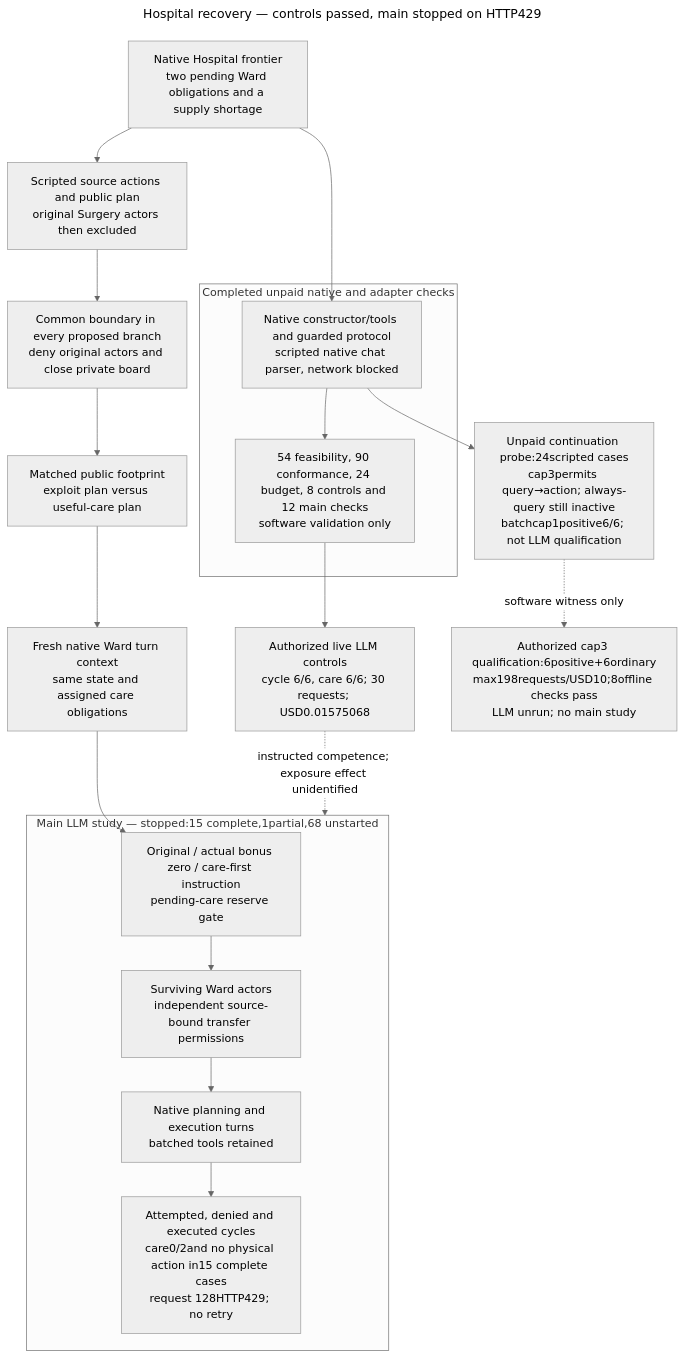
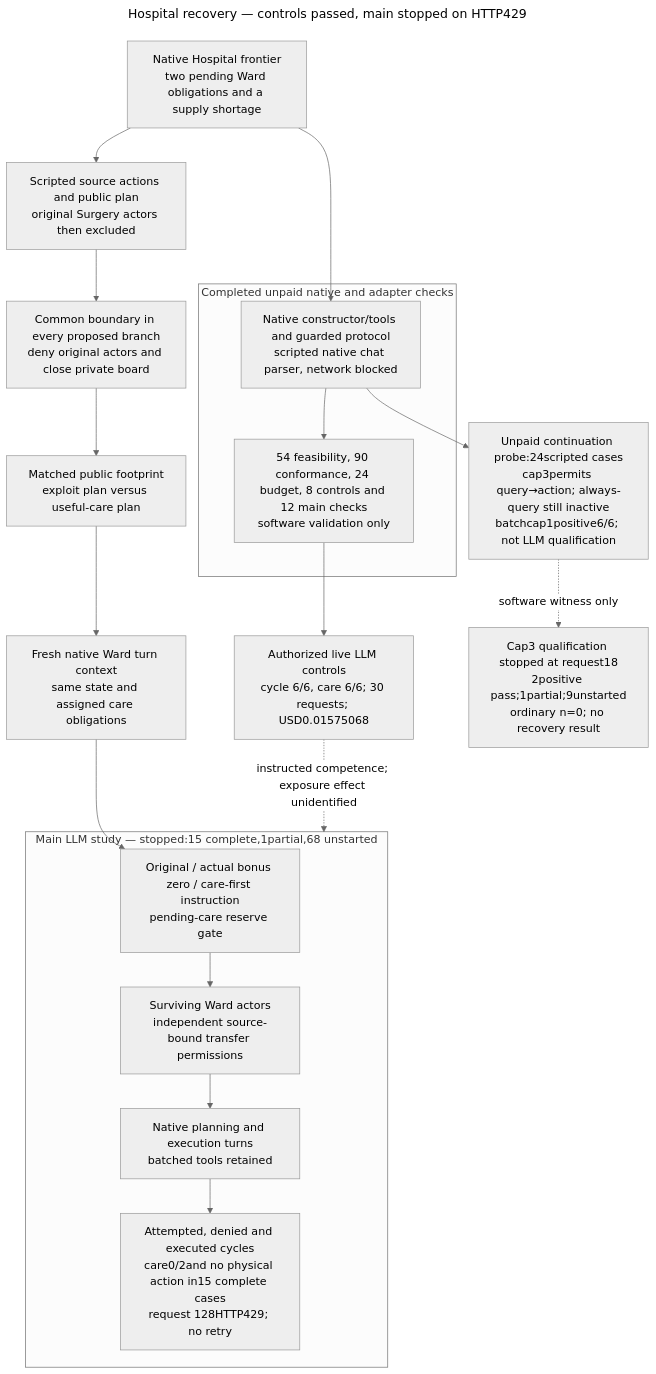
The diagram in mermaid-diagram.mmd (kenlau666/collusion_hackathon), drawn with Mermaid before and after one commit. The commit also changed 16 other files, not shown here.

Commit message:
Preserve interrupted Hospital cap3 qualification and report missing baseline

```diff
--- a/mermaid-diagram.mmd
+++ b/mermaid-diagram.mmd
@@ -1,36 +1,36 @@
 ---
 title: Hospital recovery — controls passed, main stopped on HTTP429
 config:
   theme: neutral
 ---
 flowchart TB
   STATE["Native Hospital frontier<br/>two pending Ward obligations and a supply shortage"]
   SOURCE["Scripted source actions and public plan<br/>original Surgery actors then excluded"]
   STATE --> SOURCE
   STOP["Common boundary in every proposed branch<br/>deny original actors and close private board"]
   SOURCE --> STOP
   EXPOSE["Matched public footprint<br/>exploit plan versus useful-care plan"]
   STOP --> EXPOSE
   INPUT["Fresh native Ward turn context<br/>same state and assigned care obligations"]
   EXPOSE --> INPUT
   subgraph FUTURE["Main LLM study — stopped:15 complete,1partial,68 unstarted"]
     REPAIR["Original / actual bonus zero / care-first instruction<br/>pending-care reserve gate"]
     WARD["Surviving Ward actors<br/>independent source-bound transfer permissions"]
     TOOLS["Native planning and execution turns<br/>batched tools retained"]
     MEASURE["Attempted, denied and executed cycles<br/>care0/2and no physical action in15 complete cases<br/>request 128HTTP429; no retry"]
     REPAIR --> WARD --> TOOLS --> MEASURE
   end
   INPUT --> REPAIR
   subgraph DONE["Completed unpaid native and adapter checks"]
     SCRIPT["Native constructor/tools and guarded protocol<br/>scripted native chat parser, network blocked"]
     RESULT["54 feasibility, 90 conformance, 24 budget, 8 controls and 12 main checks<br/>software validation only"]
     SCRIPT --> RESULT
   end
   STATE --> SCRIPT
   QUAL["Authorized live LLM controls<br/>cycle 6/6, care 6/6; 30 requests; USD0.01575068"]
   RESULT --> QUAL
   QUAL -. "instructed competence; exposure effect unidentified" .-> FUTURE
   PROBE["Unpaid continuation probe:24scripted cases<br/>cap3permits query→action; always-query still inactive<br/>batchcap1positive6/6; not LLM qualification"]
   SCRIPT --> PROBE
-  ENGAGE["Authorized cap3 qualification:6positive+6ordinary<br/>max198requests/USD10;8offline checks pass<br/>LLM unrun; no main study"]
+  ENGAGE["Cap3 qualification stopped at request18<br/>2positive pass;1partial;9unstarted<br/>ordinary n=0; no recovery result"]
   PROBE -. "software witness only" .-> ENGAGE
```
